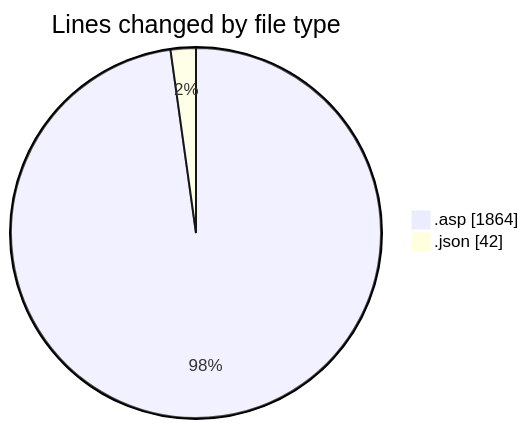
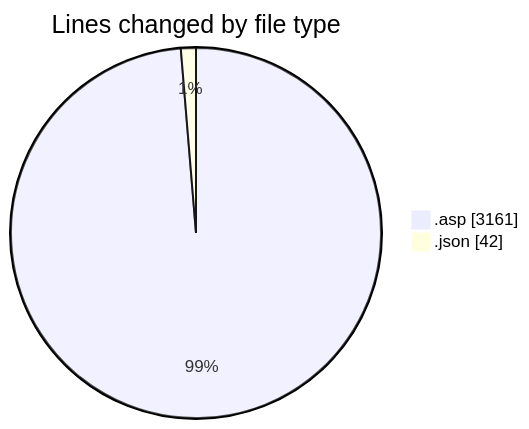
The first of 2 diagrams in 2025-10-29/cdp_aleoudev_fr__workspace_/README.md (julien-gomy/code-tracking), drawn with Mermaid before and after one commit. The commit also changed other lines of this file and 1 other file, not shown here.

````diff
--- a/2025-10-29/cdp_aleoudev_fr__workspace_/README.md
+++ b/2025-10-29/cdp_aleoudev_fr__workspace_/README.md
@@ -25,6 +26,6 @@
 ```mermaid
 pie showData
 title Lines changed by file type
-".asp" : 1864
+".asp" : 3161
 ".json" : 42
 ```
````
